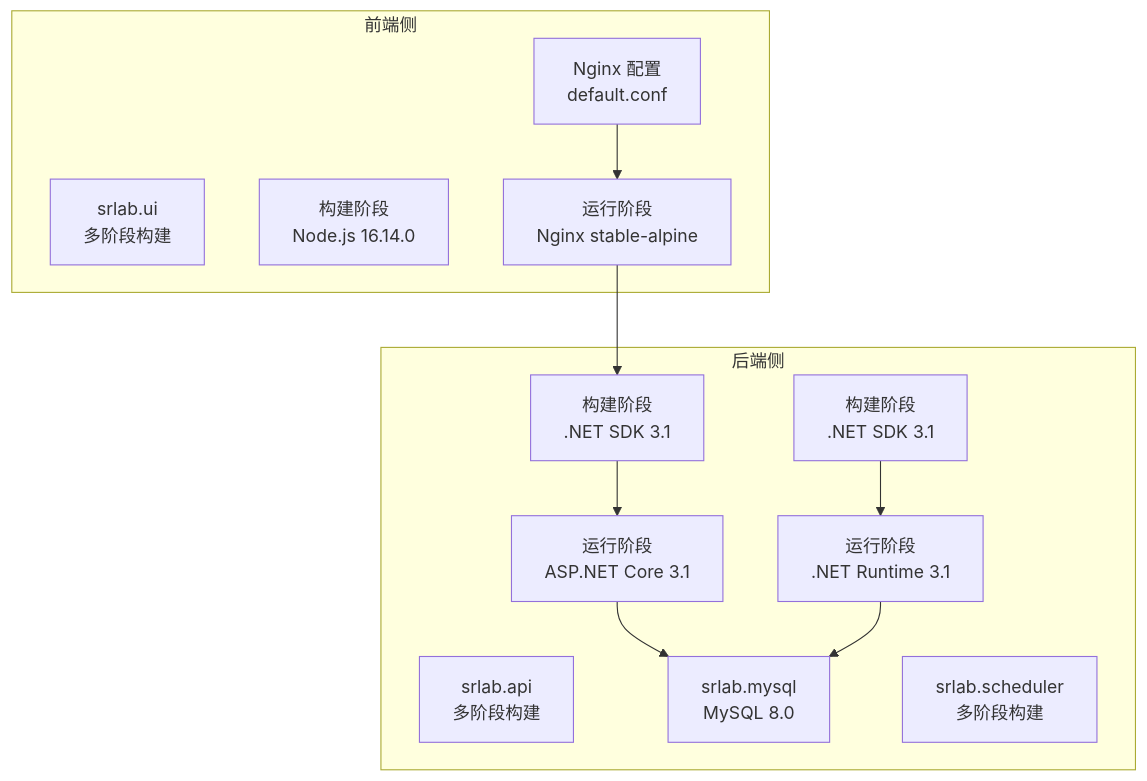
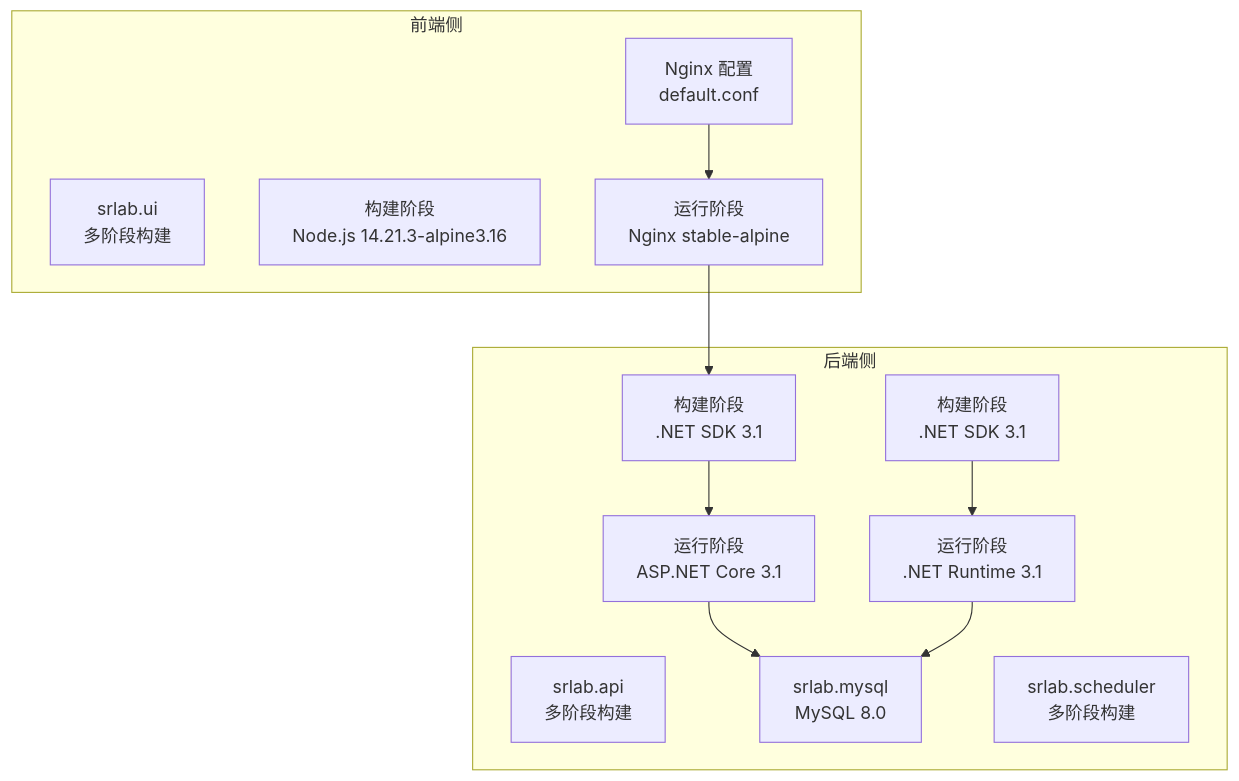
The second of 6 diagrams in .qoder/repowiki/zh/content/前端应用/构建部署/Docker 容器化.md (TinyMaD/SpeedRunnersLab), drawn with Mermaid before and after one commit. The commit also changed other lines of this file and 13 other files, not shown here.

Commit message:
feat(deploy): 新增部署迁移脚本与图表交互优化

````diff
--- a/.qoder/repowiki/zh/content/前端应用/构建部署/Docker 容器化.md
+++ b/.qoder/repowiki/zh/content/前端应用/构建部署/Docker 容器化.md
@@ -107,24 +109,24 @@
 ```mermaid
 graph TB
 subgraph "前端侧"
 F["srlab.ui<br/>多阶段构建"]
-F1["构建阶段<br/>Node.js 16.14.0"]
+F1["构建阶段<br/>Node.js 14.21.3-alpine3.16"]
 F2["运行阶段<br/>Nginx stable-alpine"]
 N["Nginx 配置<br/>default.conf"]
 end
 subgraph "后端侧"
 A["srlab.api<br/>多阶段构建"]
 A1["构建阶段<br/>.NET SDK 3.1"]
 A2["运行阶段<br/>ASP.NET Core 3.1"]
 M["srlab.mysql<br/>MySQL 8.0"]
 S["srlab.scheduler<br/>多阶段构建"]
 S1["构建阶段<br/>.NET SDK 3.1"]
 S2["运行阶段<br/>.NET Runtime 3.1"]
 end
 N --> F2
 F2 --> A1
 A1 --> A2
 A2 --> M
 S1 --> S2
 S2 --> M
 ```
````
